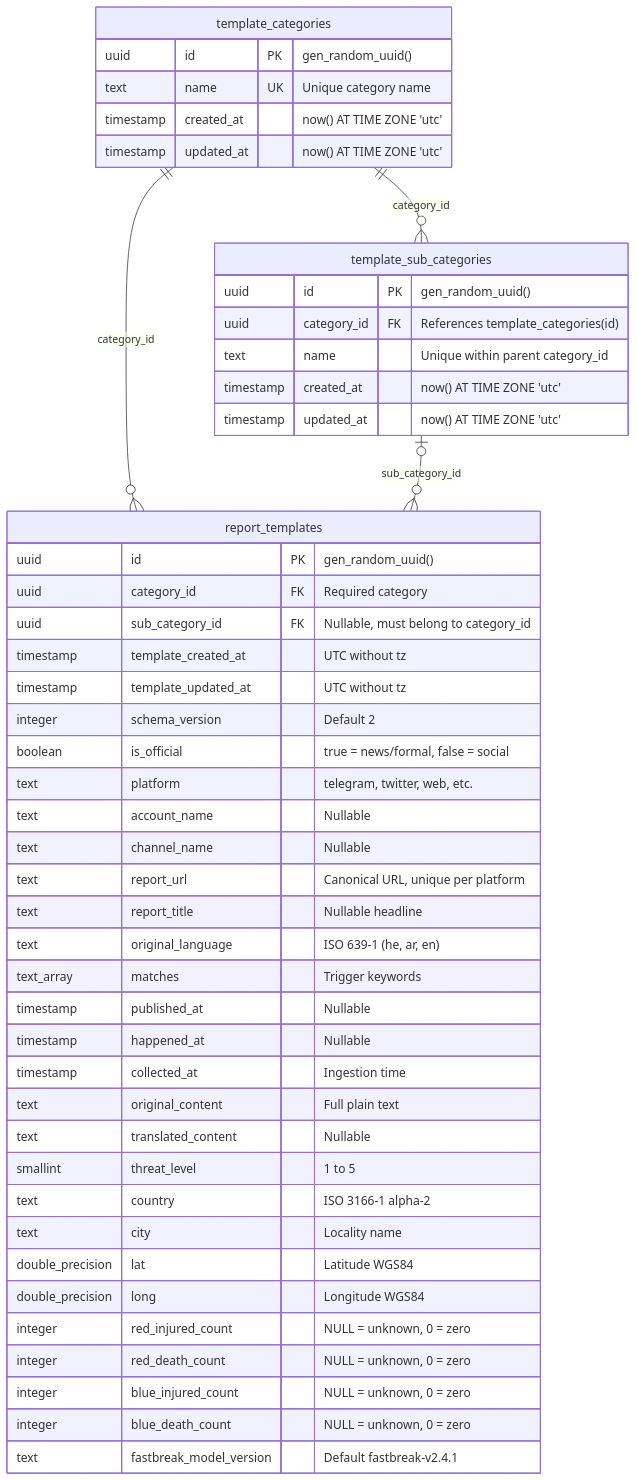
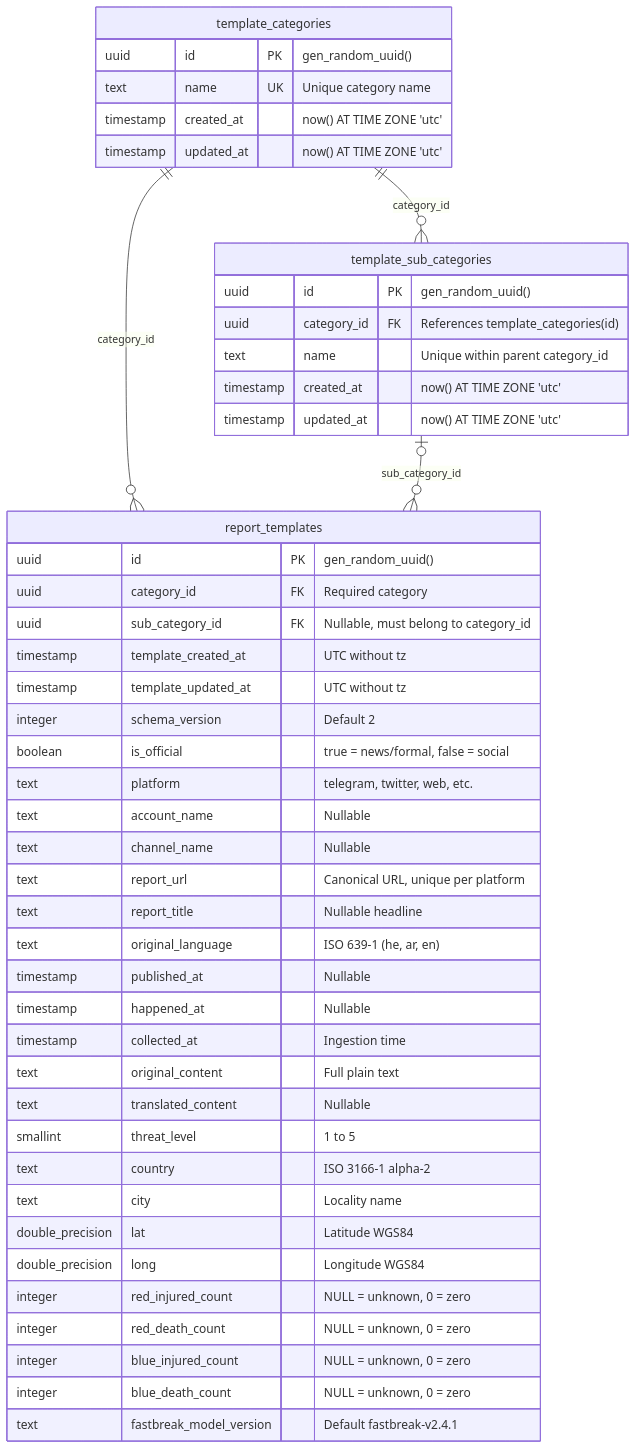
The second of 4 diagrams in docs/category_fetcher_plan.md (OrZafrani/ANAAREF), drawn with Mermaid before and after one commit. The commit also changed other lines of this file and 12 other files, not shown here.

````diff
--- a/docs/category_fetcher_plan.md
+++ b/docs/category_fetcher_plan.md
@@ -121,53 +121,52 @@
 ```mermaid
 erDiagram
     template_categories ||--o{ template_sub_categories : "category_id"
     template_categories ||--o{ report_templates : "category_id"
     template_sub_categories |o--o{ report_templates : "sub_category_id"
 
     template_categories {
         uuid id PK "gen_random_uuid()"
         text name UK "Unique category name"
         timestamp created_at "now() AT TIME ZONE 'utc'"
         timestamp updated_at "now() AT TIME ZONE 'utc'"
     }
 
     template_sub_categories {
         uuid id PK "gen_random_uuid()"
         uuid category_id FK "References template_categories(id)"
         text name "Unique within parent category_id"
         timestamp created_at "now() AT TIME ZONE 'utc'"
         timestamp updated_at "now() AT TIME ZONE 'utc'"
     }
 
     report_templates {
         uuid id PK "gen_random_uuid()"
         uuid category_id FK "Required category"
         uuid sub_category_id FK "Nullable, must belong to category_id"
         timestamp template_created_at "UTC without tz"
         timestamp template_updated_at "UTC without tz"
         integer schema_version "Default 2"
         boolean is_official "true = news/formal, false = social"
         text platform "telegram, twitter, web, etc."
         text account_name "Nullable"
         text channel_name "Nullable"
         text report_url "Canonical URL, unique per platform"
         text report_title "Nullable headline"
         text original_language "ISO 639-1 (he, ar, en)"
-        text_array matches "Trigger keywords"
         timestamp published_at "Nullable"
         timestamp happened_at "Nullable"
         timestamp collected_at "Ingestion time"
         text original_content "Full plain text"
         text translated_content "Nullable"
         smallint threat_level "1 to 5"
         text country "ISO 3166-1 alpha-2"
         text city "Locality name"
         double_precision lat "Latitude WGS84"
         double_precision long "Longitude WGS84"
         integer red_injured_count "NULL = unknown, 0 = zero"
         integer red_death_count "NULL = unknown, 0 = zero"
         integer blue_injured_count "NULL = unknown, 0 = zero"
         integer blue_death_count "NULL = unknown, 0 = zero"
         text fastbreak_model_version "Default fastbreak-v2.4.1"
     }
 ```
````
